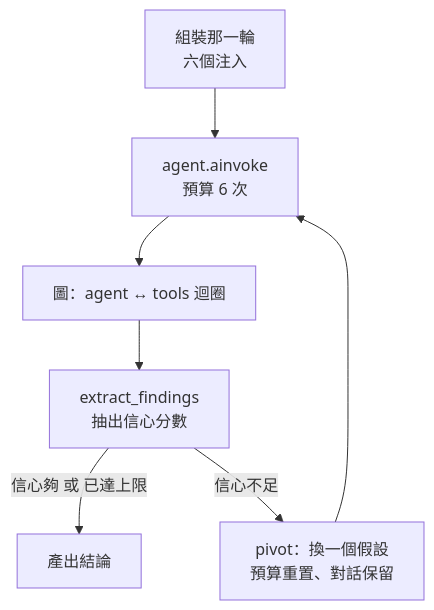
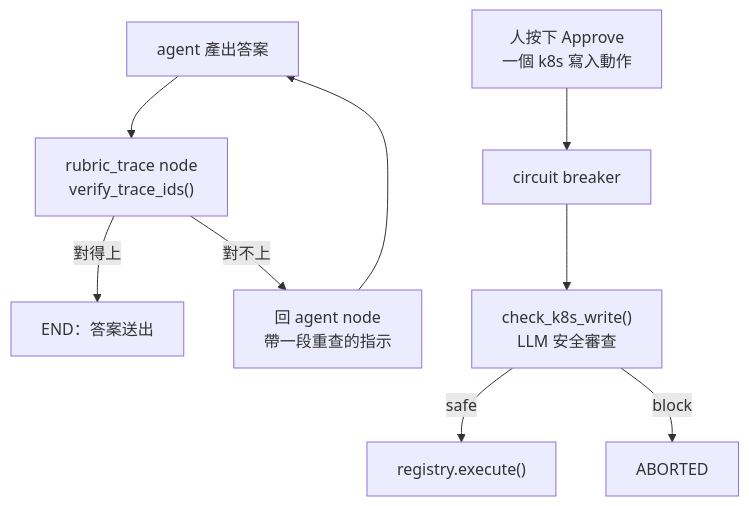
One commit to tedmax100/o11y-bench changed the second of 2 diagrams in weaver-demo/ironman-2026/day23.md. Above: the diagram before and after it, drawn with Mermaid. The commit also changed other lines of this file and 29 other files, not shown here.

````diff
--- a/weaver-demo/ironman-2026/day23.md
+++ b/weaver-demo/ironman-2026/day23.md
@@ -302,9 +137,11 @@
 ```mermaid
 flowchart TB
-    T["組裝那一輪<br/>六個注入"] --> IN["agent.ainvoke<br/>預算 6 次"]
-    IN --> GR["圖：agent ↔ tools 迴圈"]
-    GR --> EF["extract_findings<br/>抽出信心分數"]
-    EF -->|"信心夠 或 已達上限"| DONE["產出結論"]
-    EF -->|"信心不足"| PV["pivot：換一個假設<br/>預算重置、對話保留"]
-    PV --> IN
+    A["agent 產出答案"] --> RT["rubric_trace node<br/>verify_trace_ids()"]
+    RT -->|對得上| E["END：答案送出"]
+    RT -->|對不上| B["回 agent node<br/>帶一段重查的指示"]
+    B --> A
+    P["人按下 Approve<br/>一個 k8s 寫入動作"] --> CB["circuit breaker"]
+    CB --> KJ["check_k8s_write()<br/>LLM 安全審查"]
+    KJ -->|safe| X["registry.execute()"]
+    KJ -->|block| AB["ABORTED"]
 ```
````
